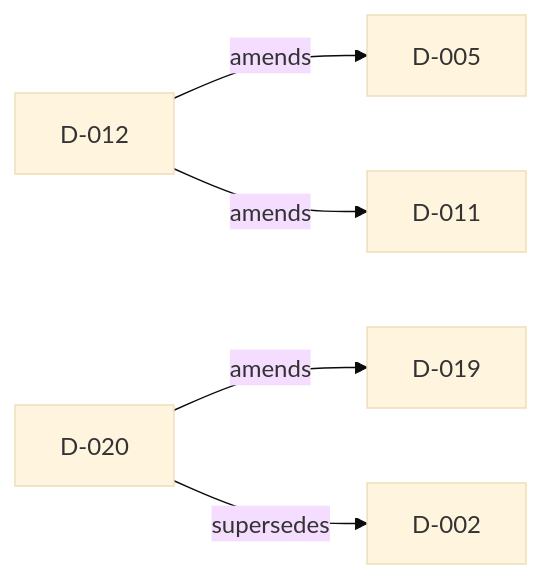
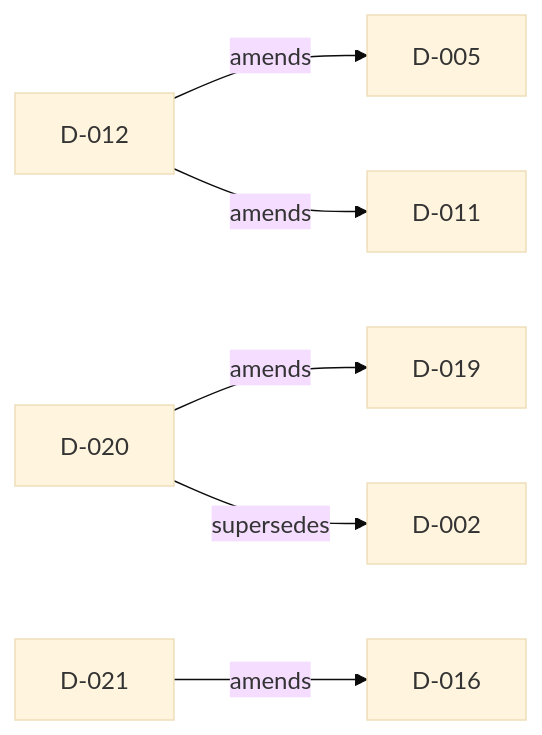
One commit to doka-labs/Doka.EntityFrameworkCore.NestedSet changed the diagram in docs/decisions/README.md. Above: the diagram before and after it, drawn with Mermaid (base theme). The commit also changed other lines of this file and 49 other files, not shown here.

````diff
--- a/docs/decisions/README.md
+++ b/docs/decisions/README.md
@@ -40,7 +41,8 @@
 ```mermaid
 flowchart LR
     D_012["D-012"] -->|amends| D_005["D-005"]
     D_012["D-012"] -->|amends| D_011["D-011"]
     D_020["D-020"] -->|amends| D_019["D-019"]
     D_020["D-020"] -->|supersedes| D_002["D-002"]
+    D_021["D-021"] -->|amends| D_016["D-016"]
 ```
````
